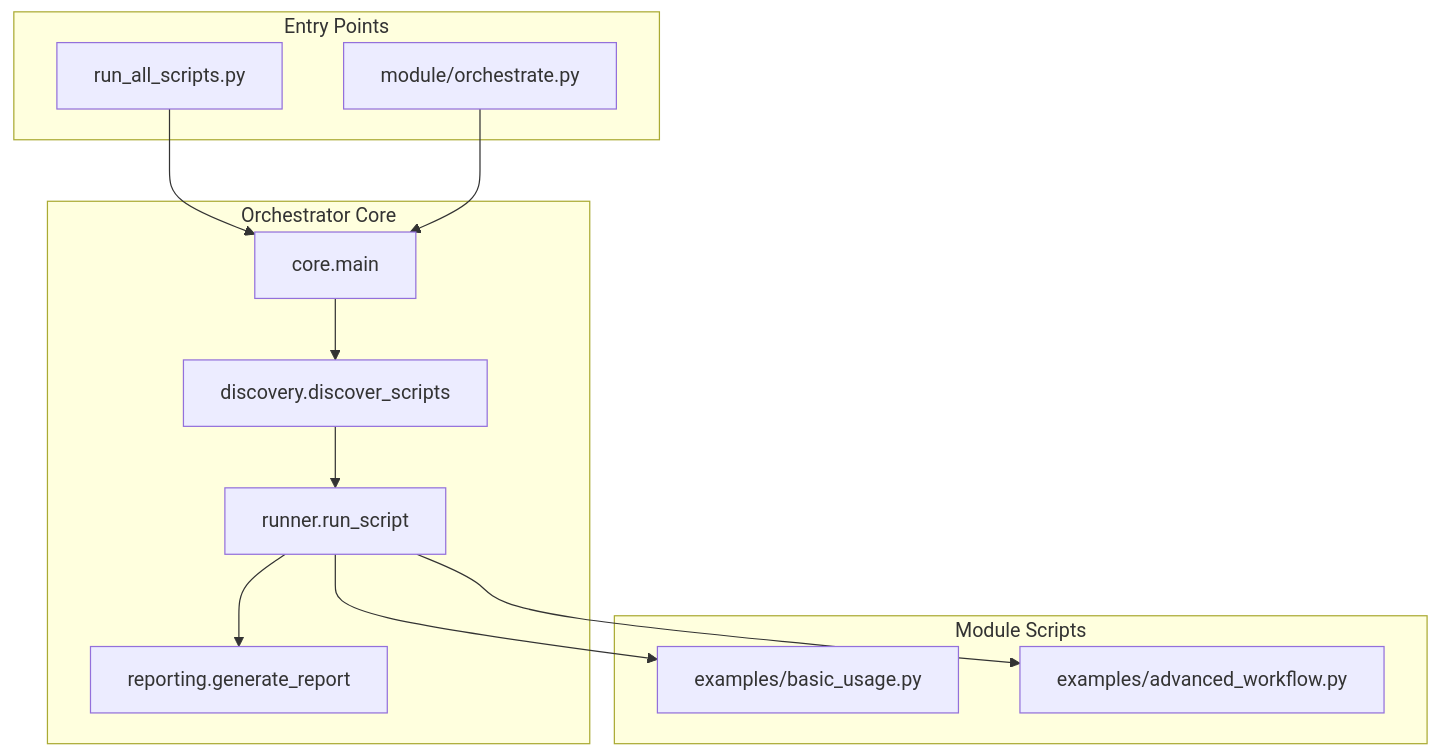
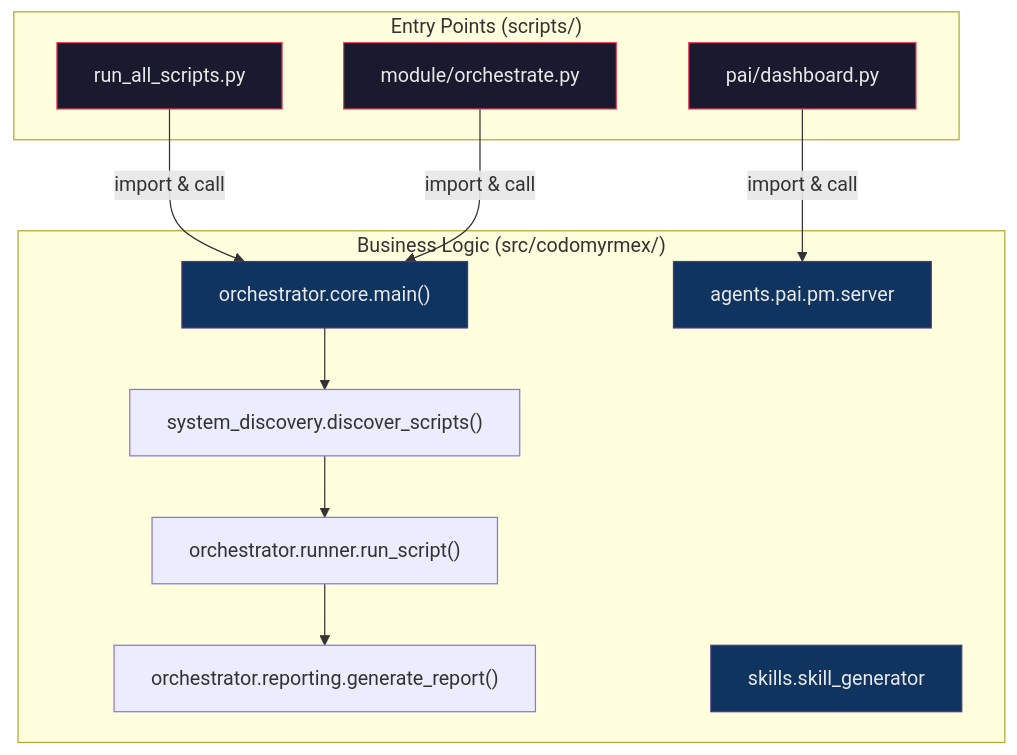
One commit to docxology/codomyrmex changed the diagram in scripts/SPEC.md. Above: the diagram before and after it, drawn with Mermaid. The commit also changed other lines of this file and 385 other files, not shown here.

````diff
--- a/scripts/SPEC.md
+++ b/scripts/SPEC.md
@@ -5,27 +10,31 @@
 ```mermaid
 graph TD
-    subgraph "Entry Points"
-        RAS[run_all_scripts.py]
-        MO[module/orchestrate.py]
+    subgraph "Entry Points (scripts/)"
+        RAS["run_all_scripts.py"]
+        MO["module/orchestrate.py"]
+        DASH["pai/dashboard.py"]
     end
-    
-    subgraph "Orchestrator Core"
-        MAIN[core.main]
-        DISC[discovery.discover_scripts]
-        RUN[runner.run_script]
-        REP[reporting.generate_report]
+
+    subgraph "Business Logic (src/codomyrmex/)"
+        MAIN["orchestrator.core.main()"]
+        DISC["system_discovery.discover_scripts()"]
+        RUN["orchestrator.runner.run_script()"]
+        REP["orchestrator.reporting.generate_report()"]
+        PM["agents.pai.pm.server"]
+        SK["skills.skill_generator"]
     end
-    
-    subgraph "Module Scripts"
-        EX1[examples/basic_usage.py]
-        EX2[examples/advanced_workflow.py]
-    end
-    
-    RAS --> MAIN
-    MO --> MAIN
+
+    RAS -->|"import & call"| MAIN
+    MO -->|"import & call"| MAIN
+    DASH -->|"import & call"| PM
     MAIN --> DISC
     DISC --> RUN
-    RUN --> EX1
-    RUN --> EX2
     RUN --> REP
+
+    style RAS fill:#1a1a2e,stroke:#e94560,color:#e8e8e8
+    style MO fill:#1a1a2e,stroke:#e94560,color:#e8e8e8
+    style DASH fill:#1a1a2e,stroke:#e94560,color:#e8e8e8
+    style MAIN fill:#0f3460,stroke:#533483,color:#e8e8e8
+    style PM fill:#0f3460,stroke:#533483,color:#e8e8e8
+    style SK fill:#0f3460,stroke:#533483,color:#e8e8e8
 ```
````
